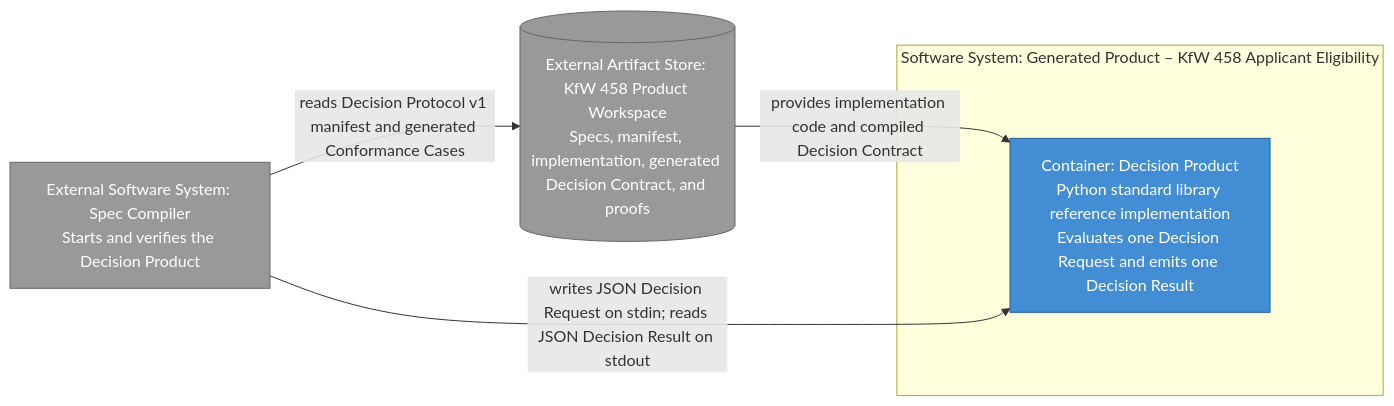
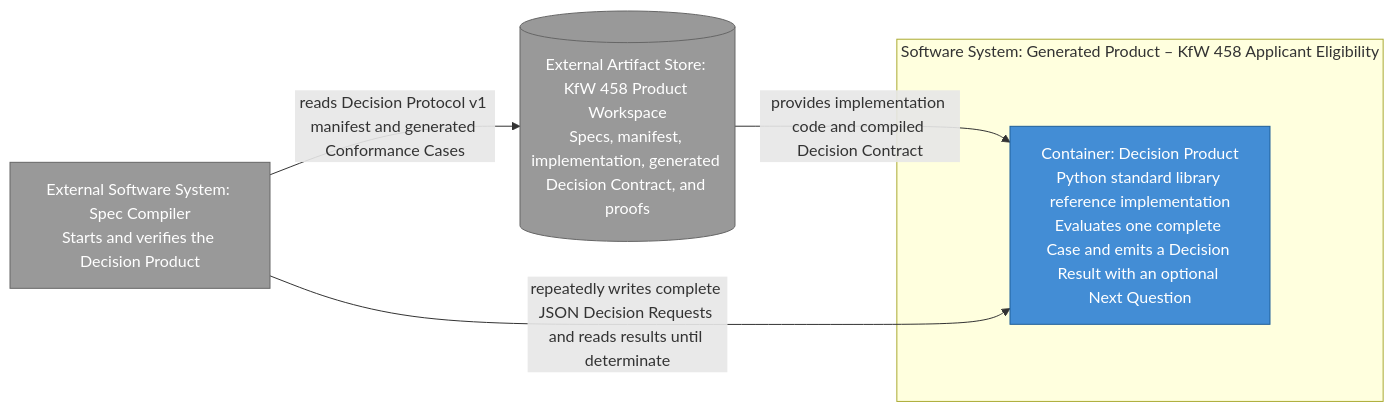
Before and after one commit to arturmiller/spec-compiler: the fourth of 6 diagrams in docs/architecture/c4.md, drawn with Mermaid. The commit also changed other lines of this file and 20 other files, not shown here.

Commit message:
Implement decision-relevant question flow (#3)

````diff
--- a/docs/architecture/c4.md
+++ b/docs/architecture/c4.md
@@ -180,18 +181,18 @@
 ```mermaid
 flowchart LR
     harness["External Software System: Spec Compiler<br/>Starts and verifies the Decision Product"]
     workspace[("External Artifact Store: KfW 458 Product Workspace<br/>Specs, manifest, implementation, generated Decision Contract, and proofs")]
 
     subgraph product_boundary["Software System: Generated Product – KfW 458 Applicant Eligibility"]
-        decision_product["Container: Decision Product<br/>Python standard library reference implementation<br/>Evaluates one Decision Request and emits one Decision Result"]
+        decision_product["Container: Decision Product<br/>Python standard library reference implementation<br/>Evaluates one complete Case and emits a Decision Result with an optional Next Question"]
     end
 
     harness -->|"reads Decision Protocol v1 manifest and generated Conformance Cases"| workspace
     workspace -->|"provides implementation code and compiled Decision Contract"| decision_product
-    harness -->|"writes JSON Decision Request on stdin; reads JSON Decision Result on stdout"| decision_product
+    harness -->|"repeatedly writes complete JSON Decision Requests and reads results until determinate"| decision_product
 
     classDef container fill:#438dd5,stroke:#1f5f99,color:#fff;
     classDef external fill:#999,stroke:#666,color:#fff;
     class decision_product container;
     class harness,workspace external;
 ```
````
